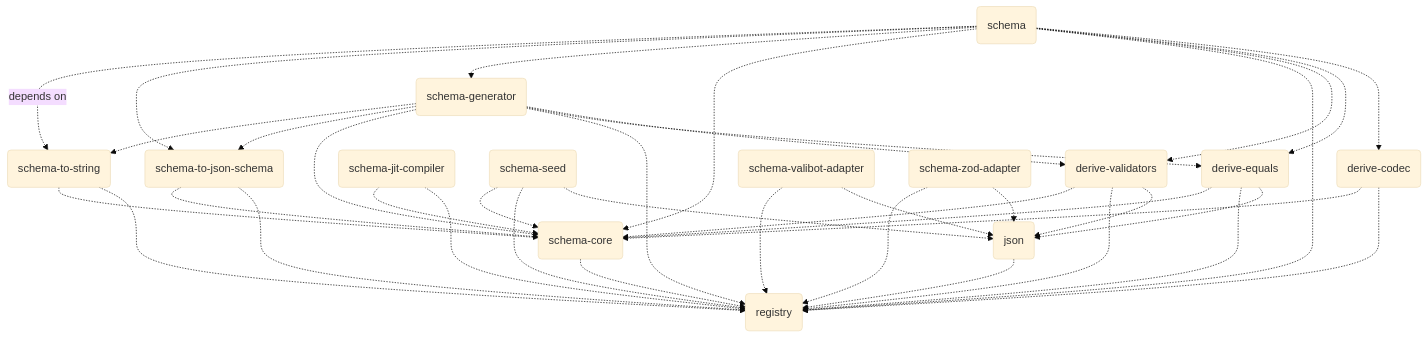
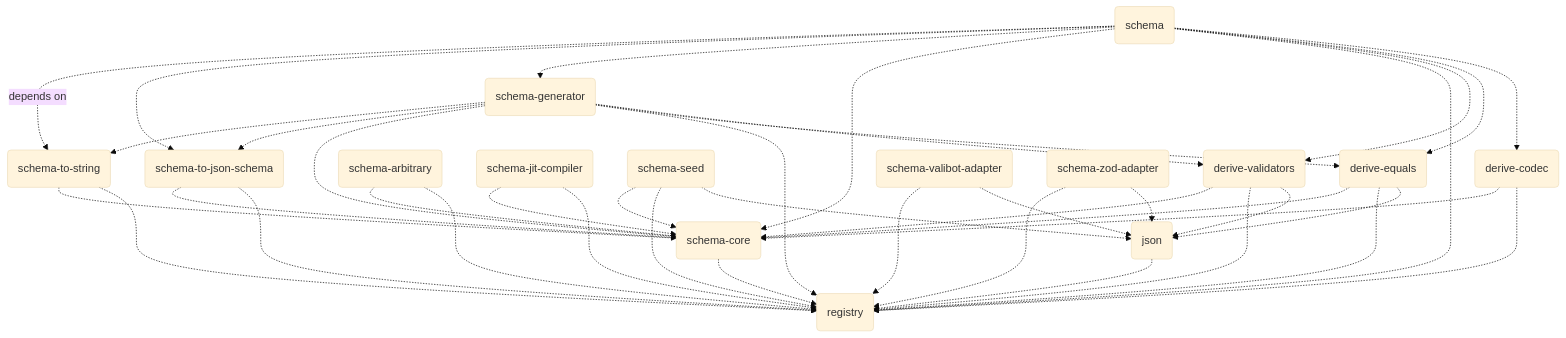
Before and after one commit to traversable/schema: the diagram in README.md, drawn with Mermaid (base theme). The commit also changed 23 other files, not shown here.

Commit message:
init(arbitrary): initializes new package `@traversable/schema-arbitrary`

````diff
--- a/README.md
+++ b/README.md
@@ -382,41 +382,43 @@
 ```mermaid
 flowchart TD
     registry(registry)
     json(json) -.-> registry(registry)
     schema-core(schema-core) -.-> registry(registry)
     derive-codec(derive-codec) -.-> registry(registry)
     derive-codec(derive-codec) -.-> schema-core(schema-core)
     derive-equals(derive-equals) -.-> json(json)
     derive-equals(derive-equals) -.-> registry(registry)
     derive-equals(derive-equals) -.-> schema-core(schema-core)
     derive-validators(derive-validators) -.-> json(json)
     derive-validators(derive-validators) -.-> registry(registry)
     derive-validators(derive-validators) -.-> schema-core(schema-core)
+    schema-arbitrary(schema-arbitrary) -.-> registry(registry)
+    schema-arbitrary(schema-arbitrary) -.-> schema-core(schema-core)
     schema-jit-compiler(schema-jit-compiler) -.-> registry(registry)
     schema-jit-compiler(schema-jit-compiler) -.-> schema-core(schema-core)
     schema-seed(schema-seed) -.-> json(json)
     schema-seed(schema-seed) -.-> registry(registry)
     schema-seed(schema-seed) -.-> schema-core(schema-core)
     schema-to-json-schema(schema-to-json-schema) -.-> registry(registry)
     schema-to-json-schema(schema-to-json-schema) -.-> schema-core(schema-core)
     schema-to-string(schema-to-string) -.-> registry(registry)
     schema-to-string(schema-to-string) -.-> schema-core(schema-core)
     schema-valibot-adapter(schema-valibot-adapter) -.-> json(json)
     schema-valibot-adapter(schema-valibot-adapter) -.-> registry(registry)
     schema-zod-adapter(schema-zod-adapter) -.-> json(json)
     schema-zod-adapter(schema-zod-adapter) -.-> registry(registry)
     schema-generator(schema-generator) -.-> derive-validators(derive-validators)
     schema-generator(schema-generator) -.-> derive-equals(derive-equals)
     schema-generator(schema-generator) -.-> registry(registry)
     schema-generator(schema-generator) -.-> schema-core(schema-core)
     schema-generator(schema-generator) -.-> schema-to-json-schema(schema-to-json-schema)
     schema-generator(schema-generator) -.-> schema-to-string(schema-to-string)
     schema(schema) -.-> derive-codec(derive-codec)
     schema(schema) -.-> derive-equals(derive-equals)
     schema(schema) -.-> derive-validators(derive-validators)
     schema(schema) -.-> registry(registry)
     schema(schema) -.-> schema-core(schema-core)
     schema(schema) -.-> schema-generator(schema-generator)
     schema(schema) -.-> schema-to-json-schema(schema-to-json-schema)
     schema(schema) -.depends on.-> schema-to-string(schema-to-string)
 ```
````
